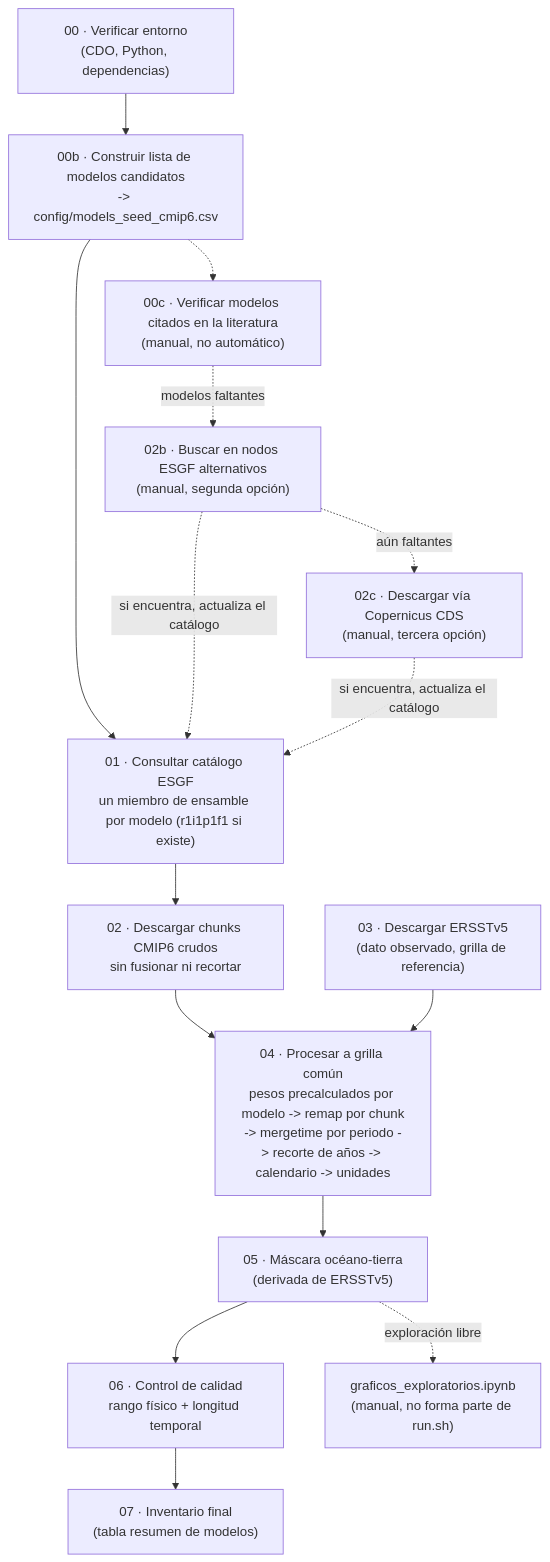
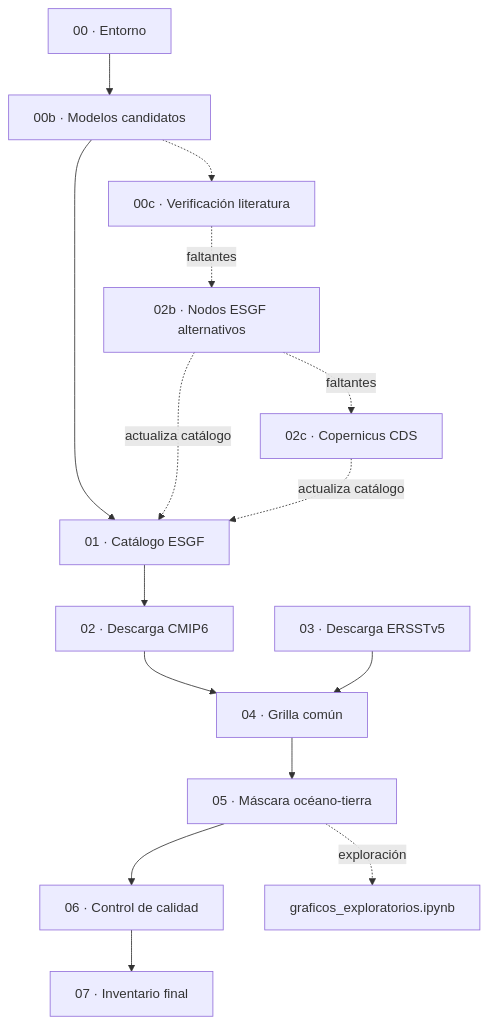
The diagram in README.md (Japq91/e1_smn), drawn with Mermaid before and after one commit. The commit also changed other lines of this file, not shown here.

Commit message:
Simplificar flujograma y reescribir README en tercera persona

````diff
--- a/README.md
+++ b/README.md
@@ -9,27 +9,27 @@
 ```mermaid
 flowchart TD
-    S00["00 · Verificar entorno<br/>(CDO, Python, dependencias)"]
-    S00b["00b · Construir lista de modelos candidatos<br/>-> config/models_seed_cmip6.csv"]
-    S00c["00c · Verificar modelos citados en la literatura<br/>(manual, no automático)"]
-    S01["01 · Consultar catálogo ESGF<br/>un miembro de ensamble por modelo (r1i1p1f1 si existe)"]
-    S02b["02b · Buscar en nodos ESGF alternativos<br/>(manual, segunda opción)"]
-    S02c["02c · Descargar vía Copernicus CDS<br/>(manual, tercera opción)"]
-    S02["02 · Descargar chunks CMIP6 crudos<br/>sin fusionar ni recortar"]
-    S03["03 · Descargar ERSSTv5<br/>(dato observado, grilla de referencia)"]
-    S04["04 · Procesar a grilla común<br/>pesos precalculados por modelo -> remap por chunk<br/>-> mergetime por periodo -> recorte de años -> calendario -> unidades"]
-    S05["05 · Máscara océano-tierra<br/>(derivada de ERSSTv5)"]
-    S06["06 · Control de calidad<br/>rango físico + longitud temporal"]
-    S07["07 · Inventario final<br/>(tabla resumen de modelos)"]
+    S00["00 · Entorno"]
+    S00b["00b · Modelos candidatos"]
+    S00c["00c · Verificación literatura"]
+    S01["01 · Catálogo ESGF"]
+    S02b["02b · Nodos ESGF alternativos"]
+    S02c["02c · Copernicus CDS"]
+    S02["02 · Descarga CMIP6"]
+    S03["03 · Descarga ERSSTv5"]
+    S04["04 · Grilla común"]
+    S05["05 · Máscara océano-tierra"]
+    S06["06 · Control de calidad"]
+    S07["07 · Inventario final"]
 
     S00 --> S00b --> S01
     S00b -.-> S00c
-    S00c -."modelos faltantes".-> S02b -."aún faltantes".-> S02c
+    S00c -."faltantes".-> S02b -."faltantes".-> S02c
     S01 --> S02
-    S02b -.->|"si encuentra, actualiza el catálogo"| S01
-    S02c -.->|"si encuentra, actualiza el catálogo"| S01
+    S02b -.->|"actualiza catálogo"| S01
+    S02c -.->|"actualiza catálogo"| S01
     S02 --> S04
     S03 --> S04
     S04 --> S05
     S05 --> S06 --> S07
-    S05 -."exploración libre".-> NB["graficos_exploratorios.ipynb<br/>(manual, no forma parte de run.sh)"]
+    S05 -."exploración".-> NB["graficos_exploratorios.ipynb"]
 ```
````
